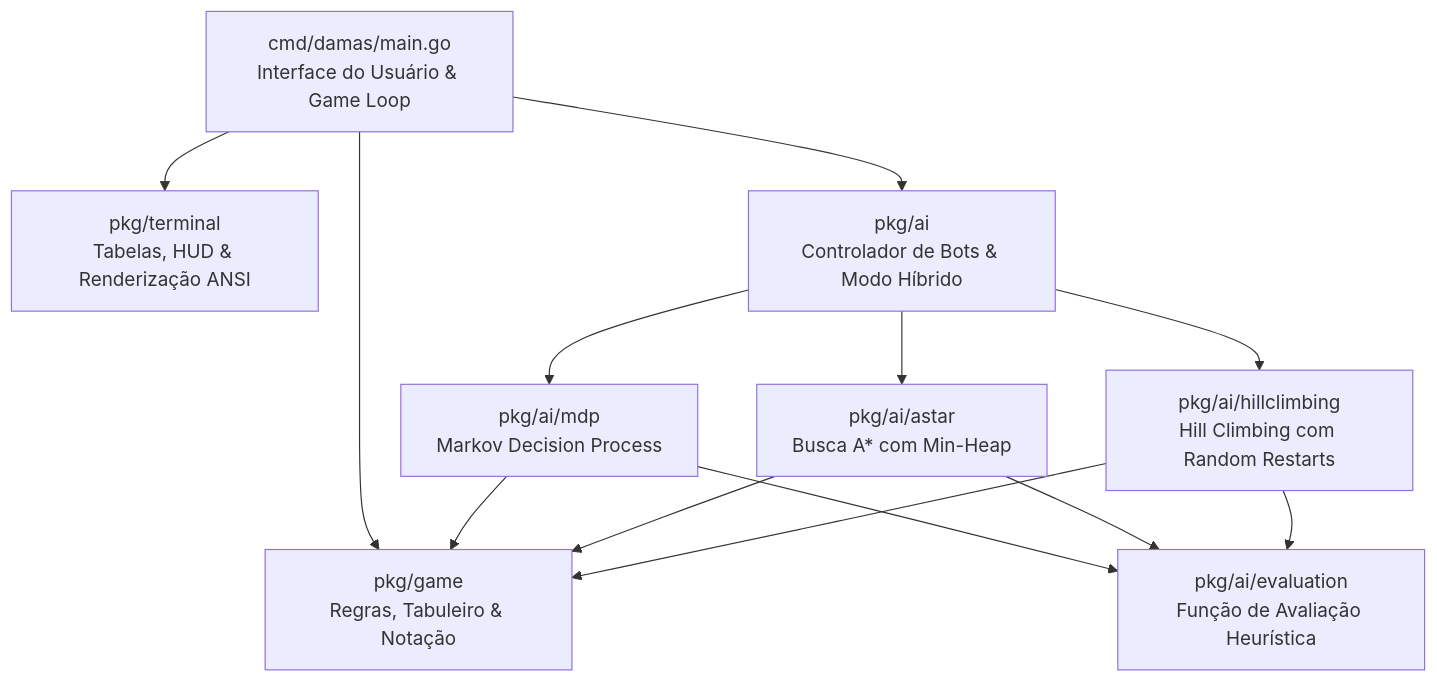
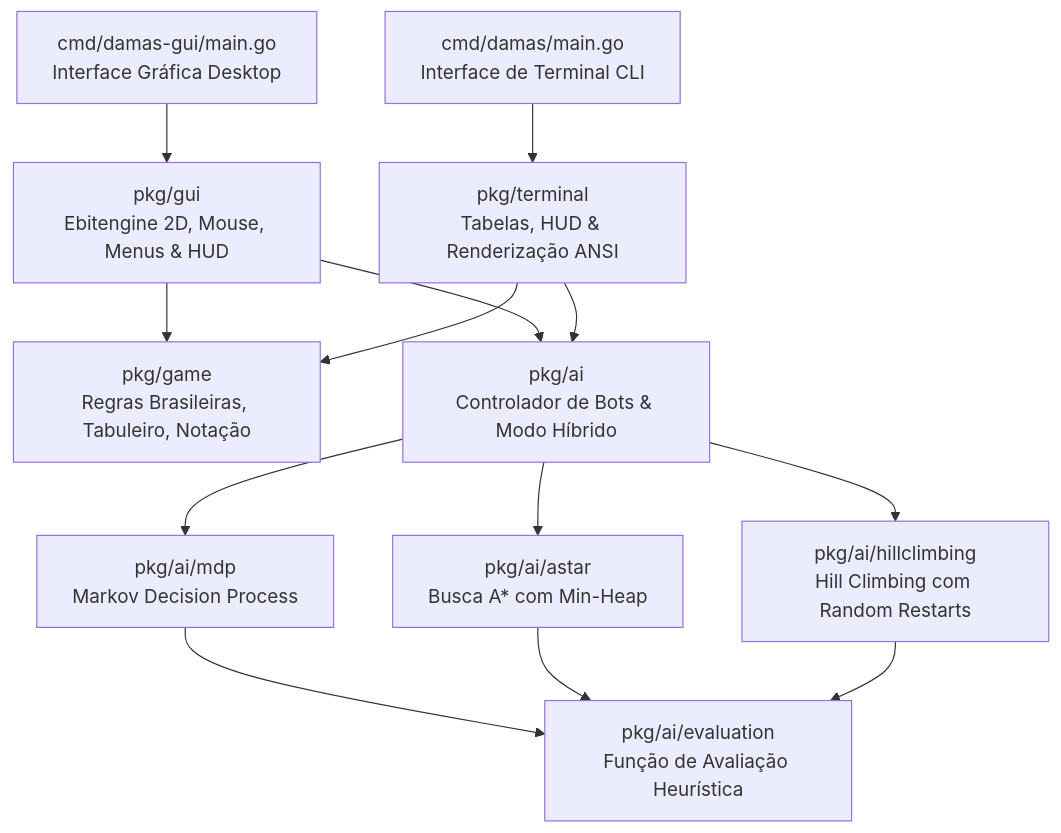
Before and after one commit to lucas-ferre/Dama_Lua: the diagram in README.md, drawn with Mermaid. The commit also changed other lines of this file and 11 other files, not shown here.

````diff
--- a/README.md
+++ b/README.md
@@ -40,18 +44,19 @@
 ```mermaid
 graph TD
-    CLI[cmd/damas/main.go<br>Interface do Usuário & Game Loop] --> GameEngine[pkg/game<br>Regras, Tabuleiro & Notação]
-    CLI --> TerminalUI[pkg/terminal<br>Tabelas, HUD & Renderização ANSI]
-    CLI --> AIEngine[pkg/ai<br>Controlador de Bots & Modo Híbrido]
+    GUI[cmd/damas-gui/main.go<br>Interface Gráfica Desktop] --> GuiPackage[pkg/gui<br>Ebitengine 2D, Mouse, Menus & HUD]
+    CLI[cmd/damas/main.go<br>Interface de Terminal CLI] --> TermUI[pkg/terminal<br>Tabelas, HUD & Renderização ANSI]
     
-    AIEngine --> MDP[pkg/ai/mdp<br>Markov Decision Process]
-    AIEngine --> ASTAR[pkg/ai/astar<br>Busca A* com Min-Heap]
-    AIEngine --> HC[pkg/ai/hillclimbing<br>Hill Climbing com Random Restarts]
+    GuiPackage --> GameCore[pkg/game<br>Regras Brasileiras, Tabuleiro, Notação]
+    TermUI --> GameCore
+    
+    GuiPackage --> AICore[pkg/ai<br>Controlador de Bots & Modo Híbrido]
+    TermUI --> AICore
+    
+    AICore --> MDP[pkg/ai/mdp<br>Markov Decision Process]
+    AICore --> ASTAR[pkg/ai/astar<br>Busca A* com Min-Heap]
+    AICore --> HC[pkg/ai/hillclimbing<br>Hill Climbing com Random Restarts]
     
     MDP --> Eval[pkg/ai/evaluation<br>Função de Avaliação Heurística]
     ASTAR --> Eval
     HC --> Eval
-    
-    MDP --> GameEngine
-    ASTAR --> GameEngine
-    HC --> GameEngine
 ```
````
